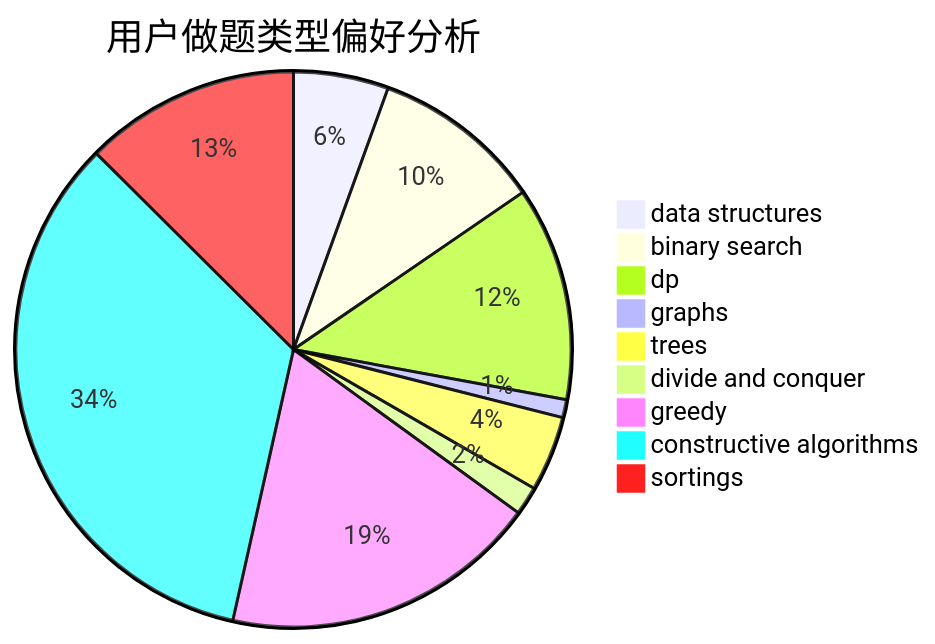
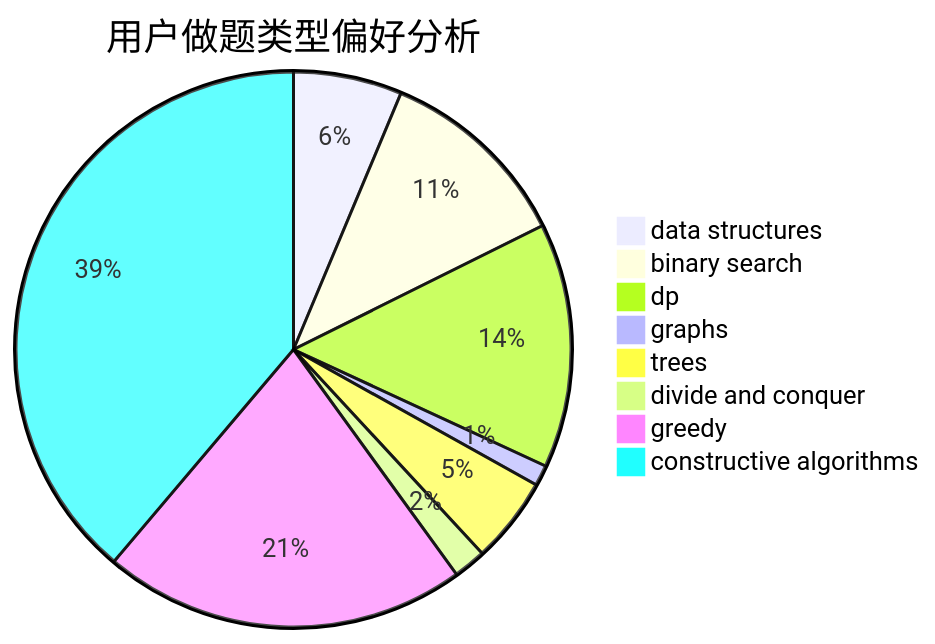
Before and after one commit to sherpahu/cfrs.github.io: the second of 3 diagrams in docs/user/u1129.md, drawn with Mermaid. The commit also changed other lines of this file and 2769 other files, not shown here.

````diff
--- a/docs/user/u1129.md
+++ b/docs/user/u1129.md
@@ -18,12 +18,11 @@
 ```mermaid
 pie title 用户做题类型偏好分析
     "data structures" :  63
     "binary search" :  113
     "dp" :  142
     "graphs" :  12
     "trees" :  50
     "divide and conquer" :  19
     "greedy" :  211
     "constructive algorithms" :  387
-    "sortings" :  143
 ```
````
